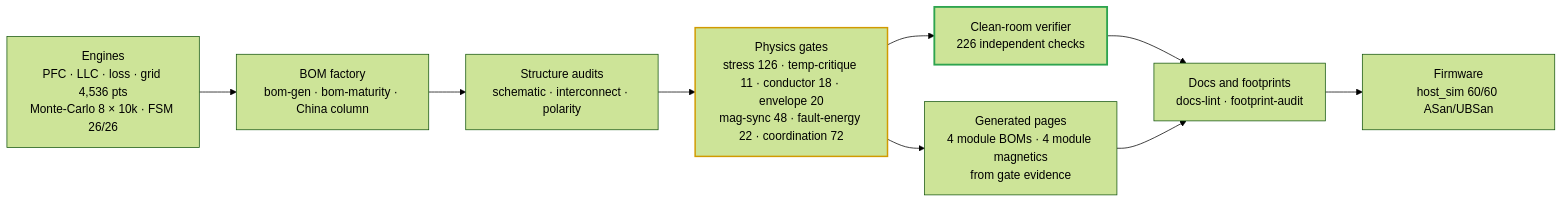
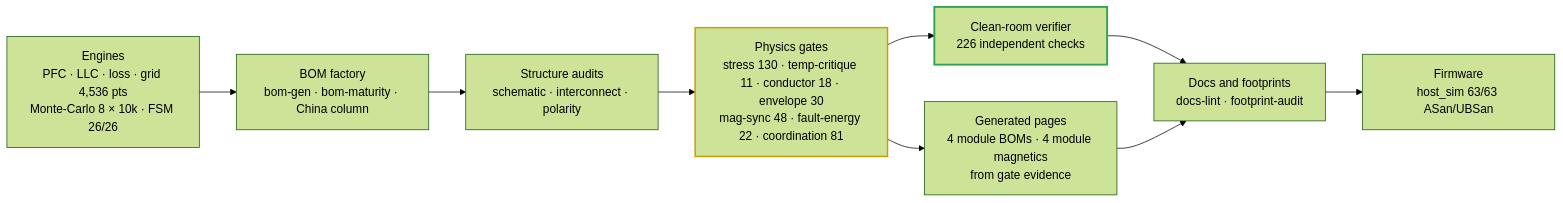
The third of 4 diagrams in README.md (vectivolt/DC-Modules), drawn with Mermaid (forest theme) before and after one commit. The commit also changed other lines of this file and 91 other files, not shown here.

````diff
--- a/README.md
+++ b/README.md
@@ -117,13 +117,13 @@
 ```mermaid
 flowchart LR
   E["Engines<br/>PFC · LLC · loss · grid 4,536 pts<br/>Monte-Carlo 8 × 10k · FSM 26/26"] --> B["BOM factory<br/>bom-gen · bom-maturity · China column"]
   B --> S["Structure audits<br/>schematic · interconnect · polarity"]
-  S --> P["Physics gates<br/>stress 126 · temp-critique 11 · conductor 18 · envelope 20<br/>mag-sync 48 · fault-energy 22 · coordination 72"]
+  S --> P["Physics gates<br/>stress 130 · temp-critique 11 · conductor 18 · envelope 30<br/>mag-sync 48 · fault-energy 22 · coordination 81"]
   P --> I["Clean-room verifier<br/>226 independent checks"]
   I --> D["Docs and footprints<br/>docs-lint · footprint-audit"]
-  D --> F["Firmware<br/>host_sim 60/60 ASan/UBSan"]
+  D --> F["Firmware<br/>host_sim 63/63 ASan/UBSan"]
   P --> G["Generated pages<br/>4 module BOMs · 4 module magnetics<br/>from gate evidence"]
   G --> D
   style I stroke:#2ea44f,stroke-width:2.5px
   style P stroke:#d19a00,stroke-width:2px
 ```
````
